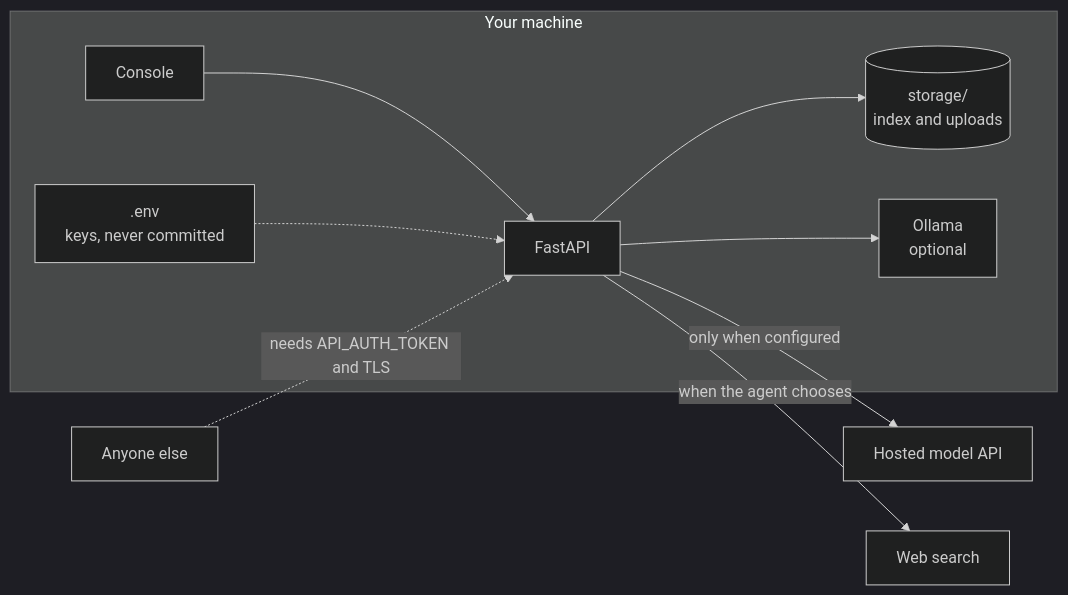
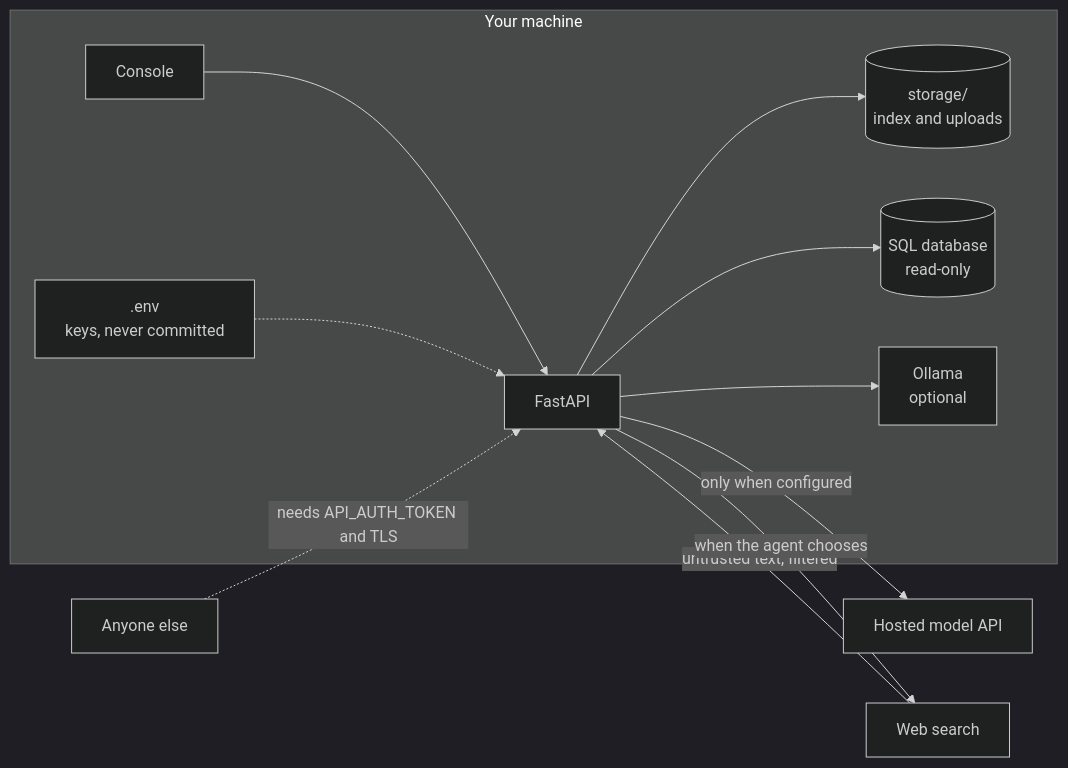
The diagram in SECURITY.md (asadaslam556/agentic-rag-assistant), drawn with Mermaid (dark theme) before and after one commit. The commit also changed other lines of this file and 51 other files, not shown here.

First line of the commit message:
Add text-to-SQL, cross-encoder reranking, and prompt-injection filtering

````diff
--- a/SECURITY.md
+++ b/SECURITY.md
@@ -12,12 +12,14 @@
 ```mermaid
 flowchart LR
     subgraph local["Your machine"]
         UI["Console"] --> API["FastAPI"]
         API --> STORE[("storage/<br/>index and uploads")]
+        API --> DB[("SQL database<br/>read-only")]
         API --> OLLAMA["Ollama<br/>optional"]
         ENV[".env<br/>keys, never committed"] -.-> API
     end
     API -->|only when configured| CLOUD["Hosted model API"]
-    API -->|when the agent chooses| SEARCH["Web search"]
+    SEARCH["Web search"] -->|untrusted text, filtered| API
+    API -->|when the agent chooses| SEARCH
     REMOTE["Anyone else"] -.->|needs API_AUTH_TOKEN and TLS| API
 ```
````
